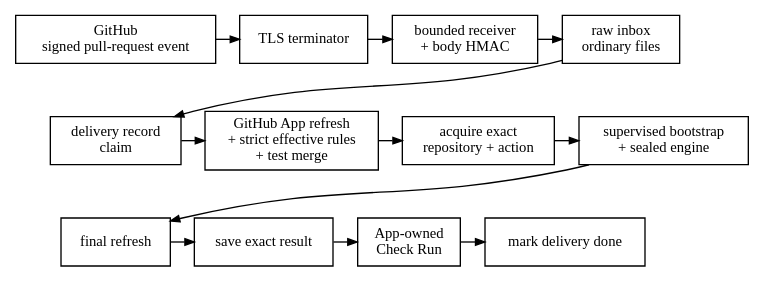
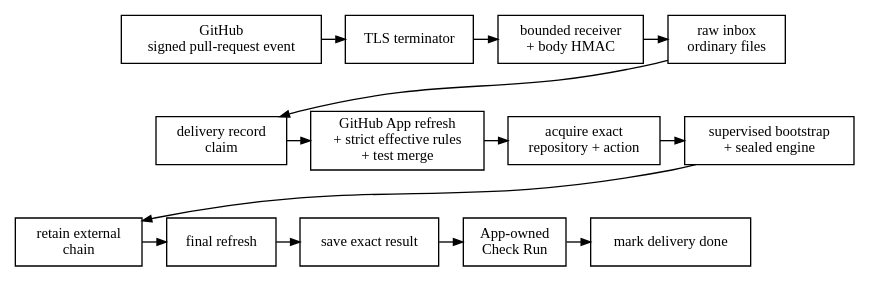
One commit to HardMax71/amiss changed the diagram in docs/src/provider-github.md. Above: the diagram before and after it, drawn with Graphviz. The commit also changed other lines of this file and 26 other files, not shown here.

````diff
--- a/docs/src/provider-github.md
+++ b/docs/src/provider-github.md
@@ -21,29 +21,30 @@
 ```dot process
 digraph provider_controls {
   rankdir = TB;
   node [shape = box, fontname = "Latin Modern, Georgia, serif", fontsize = 11];
   edge [arrowsize = 0.7, fontname = "Latin Modern, Georgia, serif", fontsize = 10];
   github [label = "GitHub\nsigned pull-request event"];
   tls    [label = "TLS terminator"];
   gate   [label = "bounded receiver\n+ body HMAC"];
   inbox  [label = "raw inbox\nordinary files"];
   claim  [label = "delivery record\nclaim"];
   api1   [label = "GitHub App refresh\n+ strict effective rules\n+ test merge"];
   fetch  [label = "acquire exact\nrepository + action"];
   boot   [label = "supervised bootstrap\n+ sealed engine"];
+  assess [label = "retain external\nchain"];
   api2   [label = "final refresh"];
   save   [label = "save exact result"];
   check  [label = "App-owned\nCheck Run"];
   done   [label = "mark delivery done"];
   { rank = same; github; tls; gate; inbox; }
   { rank = same; claim; api1; fetch; boot; }
-  { rank = same; api2; save; check; done; }
+  { rank = same; assess; api2; save; check; done; }
   github -> tls -> gate -> inbox;
   claim -> api1 -> fetch -> boot;
-  api2 -> save -> check -> done;
+  assess -> api2 -> save -> check -> done;
   inbox -> claim [constraint = false];
-  boot -> api2 [constraint = false];
+  boot -> assess [constraint = false];
   github -> claim -> api2 [style = invis];
 
 }
 ```
````
